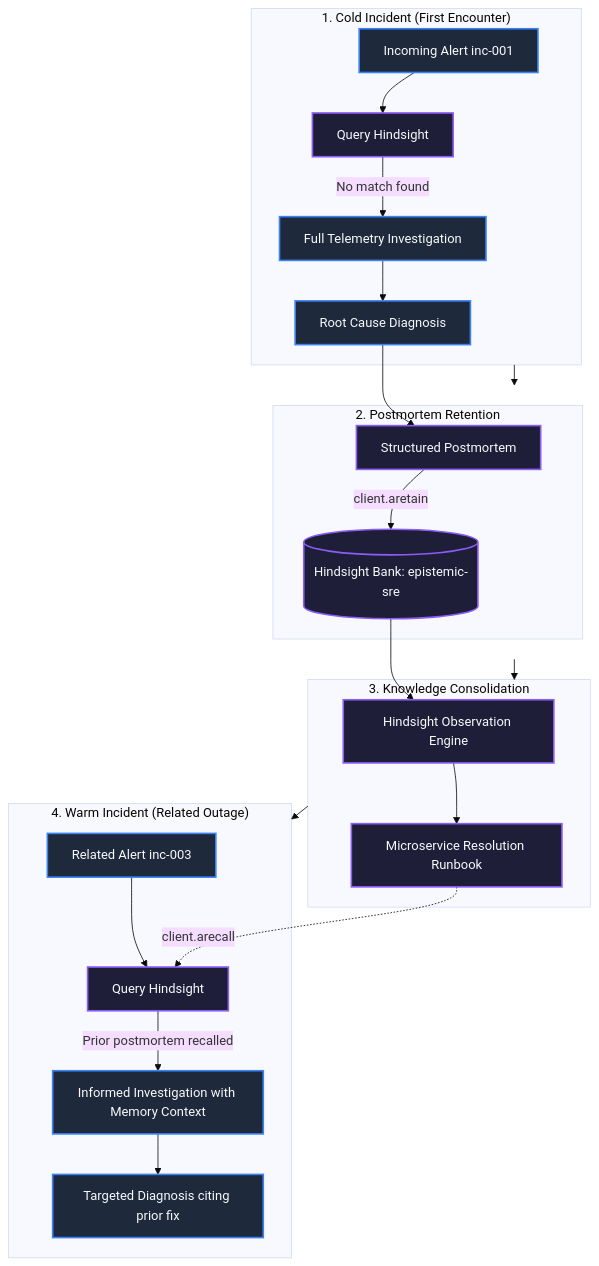
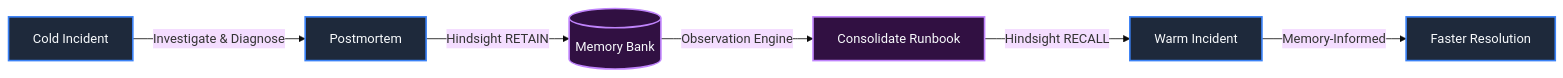
Before and after one commit to abhimarkzz/Epistemicops: the first of 3 diagrams in README.md, drawn with Mermaid (base theme). The commit also changed other lines of this file and 14 other files, not shown here.

````diff
--- a/README.md
+++ b/README.md
@@ -45,34 +39,13 @@
 ```mermaid
-flowchart TD
-    subgraph ColdRun["1. Cold Incident (First Encounter)"]
-        A1[Incoming Alert inc-001] --> B1[Query Hindsight]
-        B1 -->|No match found| C1[Full Telemetry Investigation]
-        C1 --> D1[Root Cause Diagnosis]
-    end
+flowchart LR
+    A[Cold Incident] -->|Investigate & Diagnose| B[Postmortem]
+    B -->|Hindsight RETAIN| C[(Memory Bank)]
+    C -->|Observation Engine| D[Consolidate Runbook]
+    D -->|Hindsight RECALL| E[Warm Incident]
+    E -->|Memory-Informed| F[Faster Resolution]
 
-    subgraph RetainPhase["2. Postmortem Retention"]
-        D1 --> E1[Structured Postmortem]
-        E1 -->|client.aretain| F1[(Hindsight Bank: epistemic-sre)]
-    end
-
-    subgraph ConsolidatePhase["3. Knowledge Consolidation"]
-        F1 --> G1[Hindsight Observation Engine]
-        G1 --> H1[Microservice Resolution Runbook]
-    end
-
-    subgraph WarmRun["4. Warm Incident (Related Outage)"]
-        A2[Related Alert inc-003] --> B2[Query Hindsight]
-        H1 -.->|client.arecall| B2
-        B2 -->|Prior postmortem recalled| C2[Informed Investigation with Memory Context]
-        C2 --> D2[Targeted Diagnosis citing prior fix]
-    end
-
-    ColdRun --> RetainPhase
-    RetainPhase --> ConsolidatePhase
-    ConsolidatePhase --> WarmRun
-
-    classDef primary fill:#1e293b,stroke:#3b82f6,stroke-width:2px,color:#f8fafc;
-    classDef memory fill:#1e1e38,stroke:#8b5cf6,stroke-width:2px,color:#f8fafc;
-    class A1,C1,D1,A2,C2,D2 primary;
-    class B1,E1,F1,G1,H1,B2 memory;
+    classDef stage fill:#1e293b,stroke:#3b82f6,stroke-width:2px,color:#f8fafc;
+    classDef mem fill:#311042,stroke:#c084fc,stroke-width:2px,color:#f8fafc;
+    class A,B,E,F stage;
+    class C,D mem;
 ```
````
